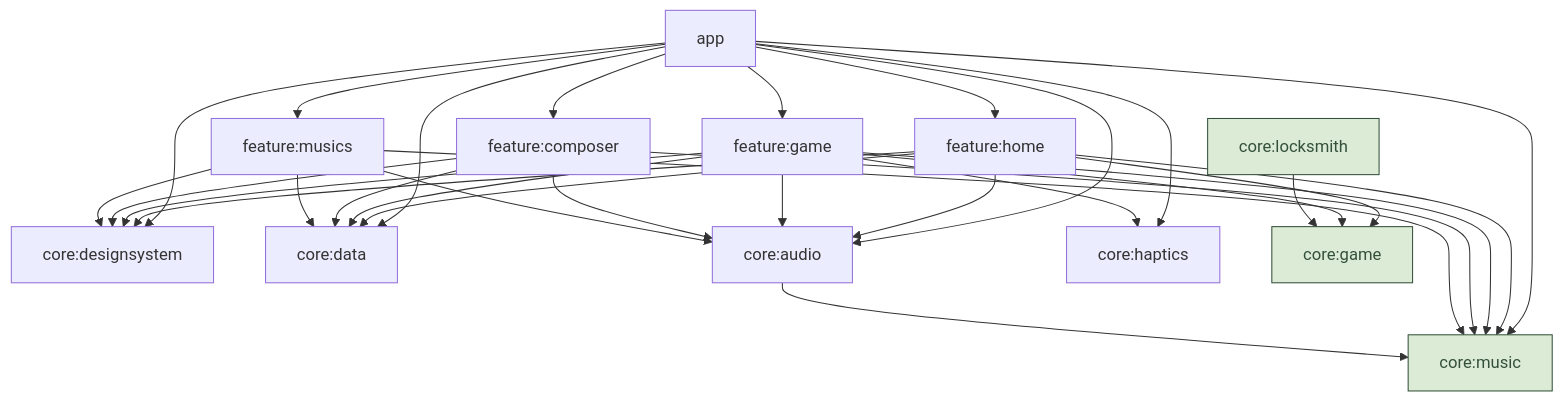
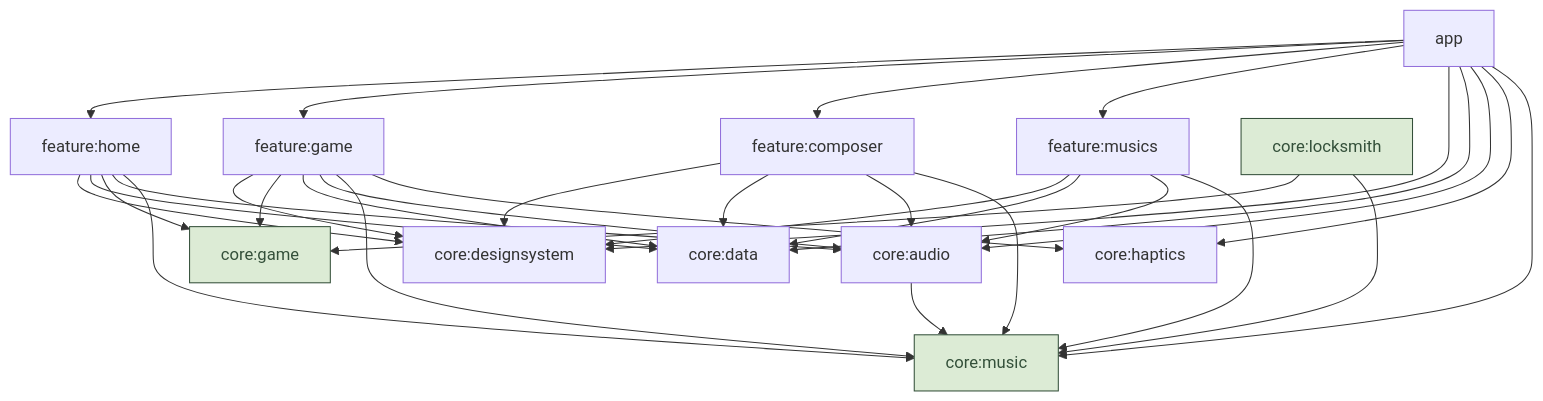
Before and after one commit to magori/blox: the first of 2 diagrams in docs/architecture.md, drawn with Mermaid. The commit also changed other lines of this file and 8 other files, not shown here.

````diff
--- a/docs/architecture.md
+++ b/docs/architecture.md
@@ -11,42 +11,43 @@
 ```mermaid
 graph TD
     app --> featureHome[feature:home]
     app --> featureGame[feature:game]
     app --> featureComposer[feature:composer]
     app --> featureMusics[feature:musics]
     app --> designsystem[core:designsystem]
     app --> data[core:data]
     app --> audio[core:audio]
     app --> haptics[core:haptics]
     app --> music
 
     featureHome --> designsystem
     featureHome --> data
     featureHome --> game
     featureHome --> audio
     featureHome --> music
 
     featureGame --> designsystem
     featureGame --> game[core:game]
     featureGame --> data
     featureGame --> audio
     featureGame --> music
     featureGame --> haptics
 
     featureComposer --> designsystem
     featureComposer --> data
     featureComposer --> audio
     featureComposer --> music
 
     featureMusics --> designsystem
     featureMusics --> data
     featureMusics --> audio
     featureMusics --> music
 
     audio --> music[core:music]
 
     locksmith[core:locksmith] --> game
+    locksmith --> music
 
     classDef pure fill:#dcebd5,stroke:#34503a,color:#34503a
     class game,music,locksmith pure
 ```
````
